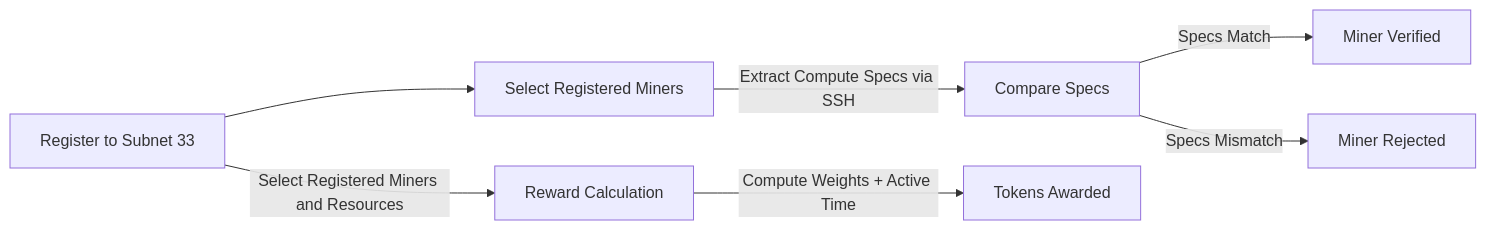
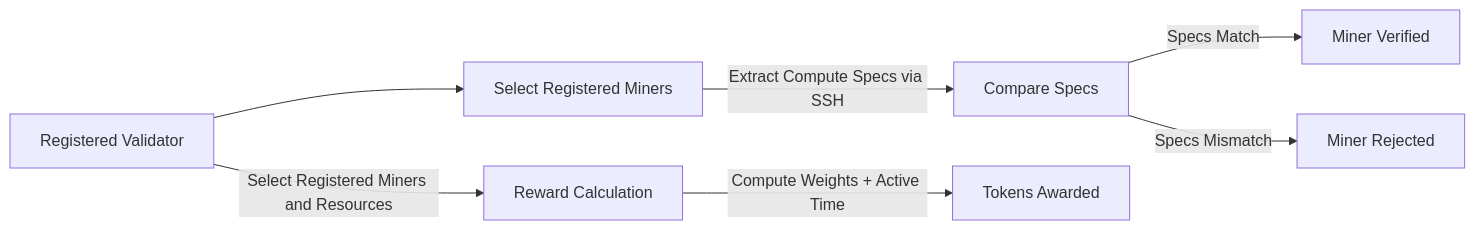
The diagram in docs/validator.md (bigideaafrica/polariscloud), drawn with Mermaid before and after one commit.

Commit message:
validator documentation

````diff
--- a/docs/validator.md
+++ b/docs/validator.md
@@ -128,10 +128,10 @@
 ```mermaid
 flowchart LR
-    Validator["Register to Subnet 33"] --> PolarisValidator["Select Registered Miners"]
+    Validator["Registered Validator"] --> PolarisValidator["Select Registered Miners"]
     PolarisValidator -->|Extract Compute Specs via SSH| Comparison["Compare Specs"]
     Comparison -->|Specs Match| Approval["Miner Verified"]
     Comparison -->|Specs Mismatch| Rejection["Miner Rejected"]
     
     Validator -->|Select Registered Miners and Resources| Reward["Reward Calculation"]
     Reward -->|Compute Weights + Active Time| Payment["Tokens Awarded"]
 ```
````
